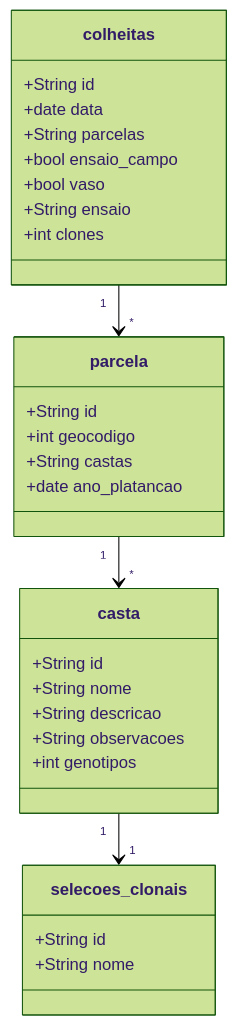
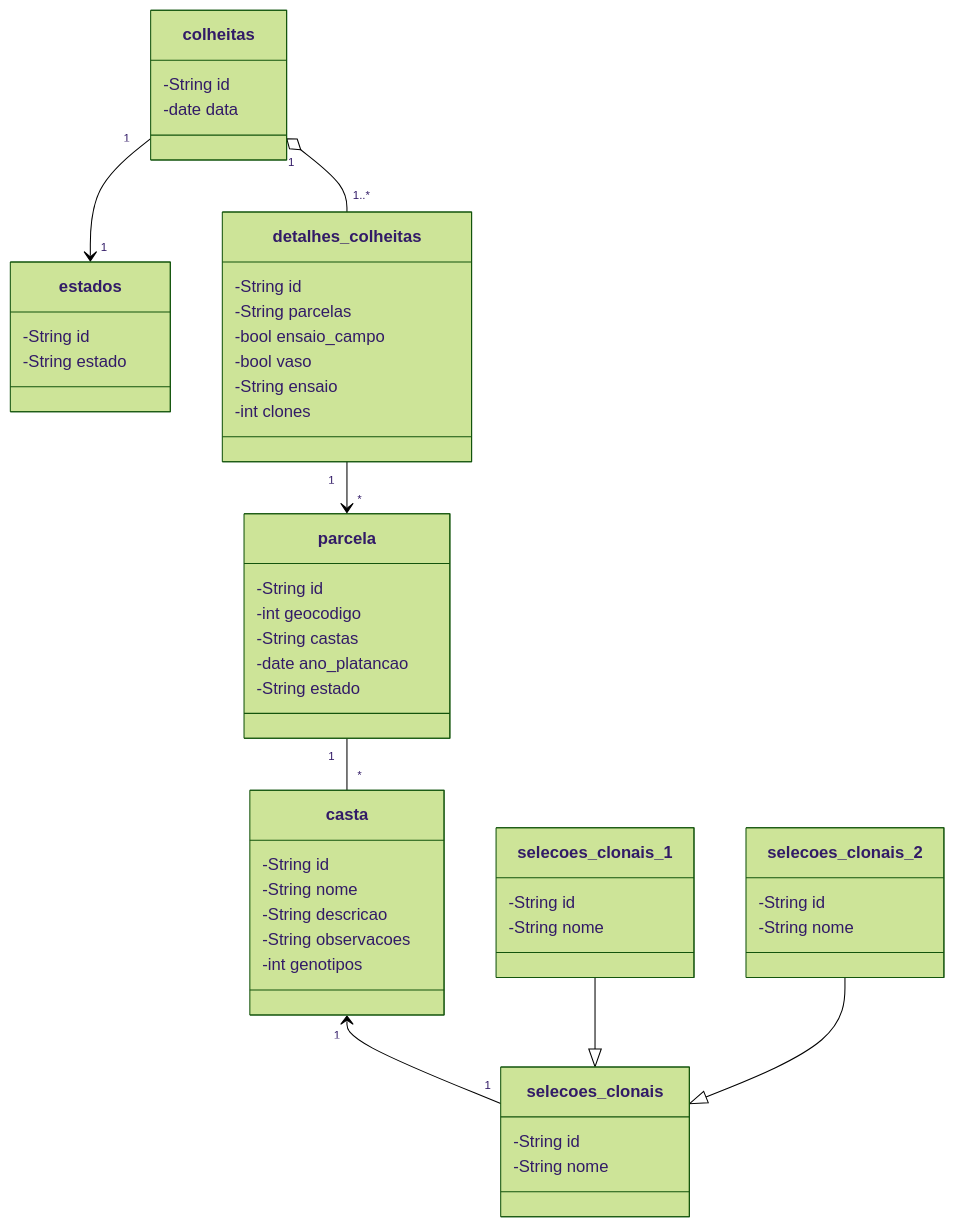
One commit to hdiogosilva/sos-vitis changed the diagram in docs/modelo-dados.md. Above: the diagram before and after it, drawn with Mermaid (forest theme). The commit also changed other lines of this file, not shown here.

Commit message:
data model iteration

````diff
--- a/docs/modelo-dados.md
+++ b/docs/modelo-dados.md
@@ -13,32 +13,53 @@
 ```mermaid
 classDiagram
-	parcela "1" --> "*" casta
-	colheitas "1" --> "*" parcela
-	casta "1" --> "1" selecoes_clonais
+	parcela "1" -- "*" casta
+    colheitas "1" --> "1" estados
+	detalhes_colheitas "1" --> "*" parcela
+	casta "1" <-- "1" selecoes_clonais
+	colheitas "1" o-- "1..*" detalhes_colheitas
+	
+	selecoes_clonais_1 --|> selecoes_clonais
+	selecoes_clonais_2 --|> selecoes_clonais
 	class colheitas{
-		+String id
-		+date data
-		+String parcelas
-		+bool ensaio_campo
-		+bool vaso
-		+String ensaio
-		+int clones
+		-String id
+		-date data
+	}
+	class detalhes_colheitas{
+		-String id
+		-String parcelas
+		-bool ensaio_campo
+		-bool vaso
+		-String ensaio
+		-int clones
 	}
 	class casta{
-		+String id
-		+String nome
-		+String descricao
-		+String observacoes
-		+int genotipos
+		-String id
+		-String nome
+		-String descricao
+		-String observacoes
+		-int genotipos
 	}
 	class parcela{
-		+String id
-		+int geocodigo
-		+String castas
-		+date ano_platancao
+		-String id
+		-int geocodigo
+		-String castas
+		-date ano_platancao
+		-String estado
 	}
 	class selecoes_clonais{
-		+String id
-		+String nome
+		-String id
+		-String nome
+	}
+	class selecoes_clonais_1{
+		-String id
+		-String nome
+	}
+	class selecoes_clonais_2{
+		-String id
+		-String nome
+	}
+	class estados{
+		-String id
+		-String estado
 	}
 ```
````
